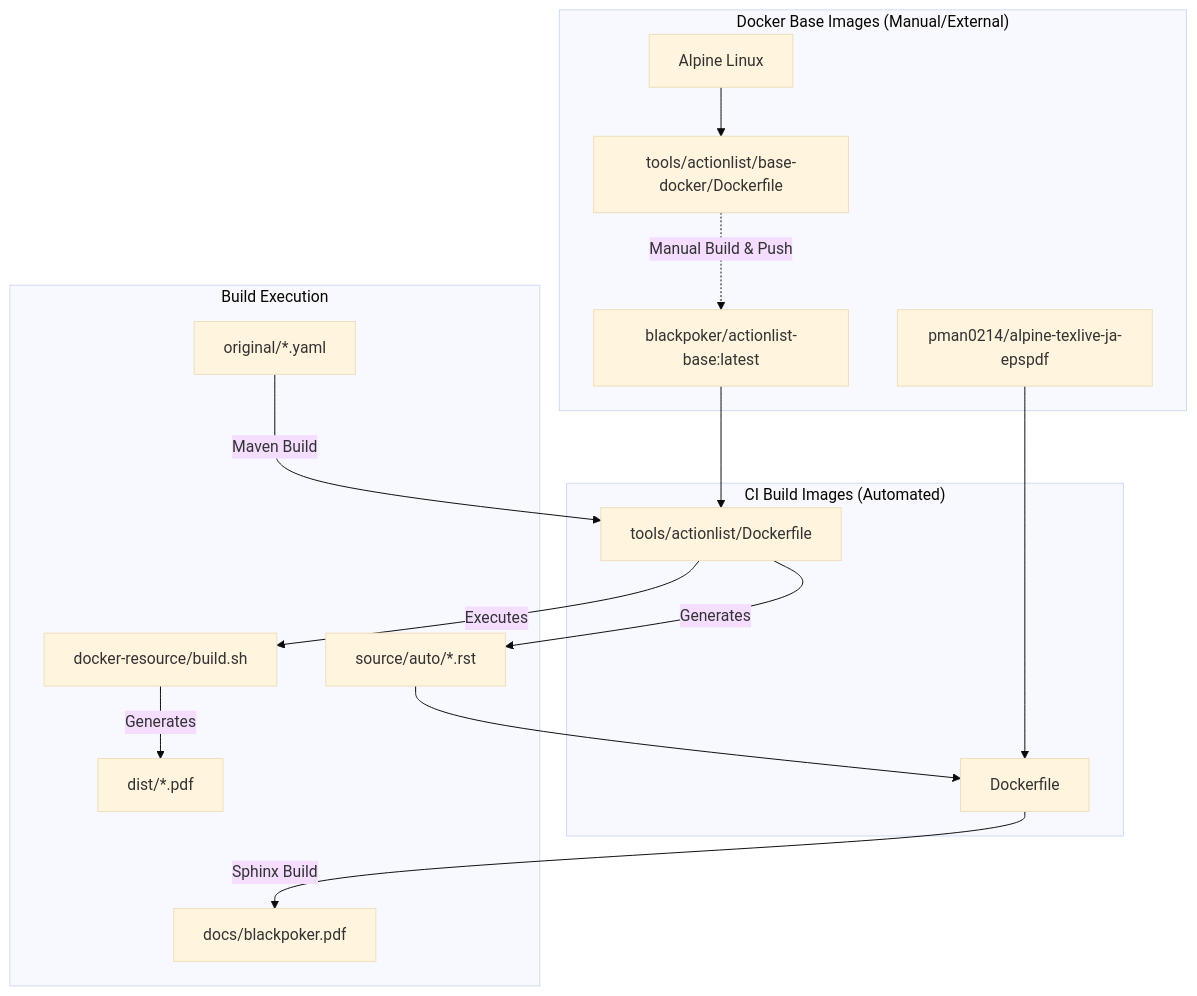
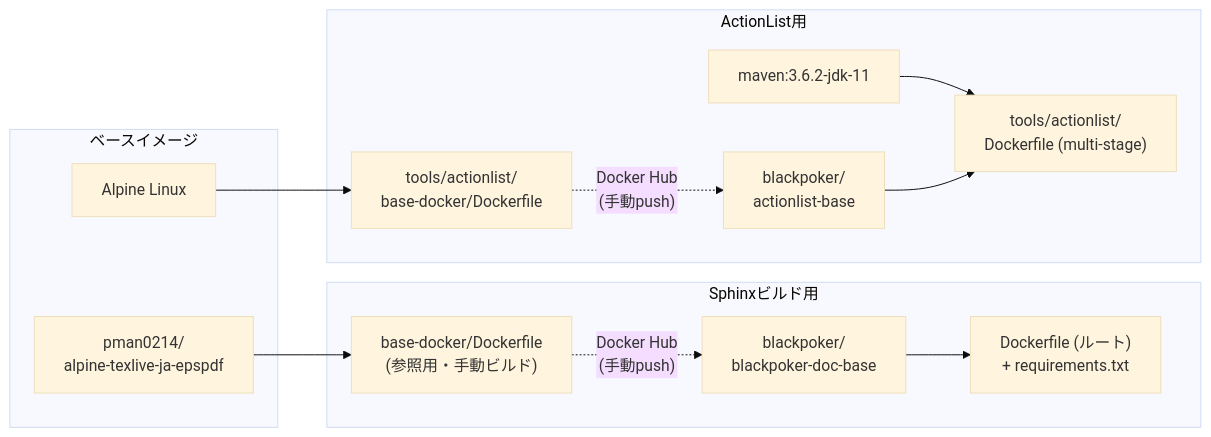
The second of 4 diagrams in dev-notes/docs_architecture.md (BlackPoker/BlackPoker), drawn with Mermaid (base theme) before and after one commit. The commit also changed other lines of this file, not shown here.

Commit message:
docs: コアモジュールのドキュメント、トリガーフロー図、およびドキュメントアーキテクチャに関する開発ノートを追加しました。

````diff
--- a/dev-notes/docs_architecture.md
+++ b/dev-notes/docs_architecture.md
@@ -12,34 +52,22 @@
 ```mermaid
-graph TD
-    %% Base Images
-    subgraph "Docker Base Images (Manual/External)"
-        Alpine[Alpine Linux]
-        TexImage[pman0214/alpine-texlive-ja-epspdf]
-        BaseDocker[tools/actionlist/base-docker/Dockerfile]
-        ActionListBase[blackpoker/actionlist-base:latest]
-        
-        Alpine --> BaseDocker
-        BaseDocker -.->|Manual Build & Push| ActionListBase
+graph LR
+    subgraph "ベースイメージ"
+        AlpineTeX["pman0214/<br>alpine-texlive-ja-epspdf"]
+        Alpine["Alpine Linux"]
     end
 
-    %% CI Build Images
-    subgraph "CI Build Images (Automated)"
-        ActionListDocker[tools/actionlist/Dockerfile]
-        RootDocker[Dockerfile]
-        
-        ActionListBase --> ActionListDocker
-        TexImage --> RootDocker
+    subgraph "Sphinxビルド用"
+        BaseDocker["base-docker/Dockerfile<br>(参照用・手動ビルド)"]
+        AlpineTeX --> BaseDocker
+        BaseDocker -.-> |"Docker Hub<br>(手動push)"| TexBase["blackpoker/<br>blackpoker-doc-base"]
+        TexBase --> RootDockerfile["Dockerfile (ルート)<br>+ requirements.txt"]
     end
 
-    %% Data Flow
-    subgraph "Build Execution"
-        YAML["original/*.yaml"] -->|Maven Build| ActionListDocker
-        ActionListDocker -->|Generates| AutoRST["source/auto/*.rst"]
-        ActionListDocker -->|Executes| DocResBuild["docker-resource/build.sh"]
-        
-        DocResBuild -->|Generates| ActionPDF["dist/*.pdf"]
-        
-        AutoRST --> RootDocker
-        RootDocker -->|Sphinx Build| MainPDF["docs/blackpoker.pdf"]
+    subgraph "ActionList用"
+        ALBaseDocker["tools/actionlist/<br>base-docker/Dockerfile"]
+        Alpine --> ALBaseDocker
+        ALBaseDocker -.-> |"Docker Hub<br>(手動push)"| ALBase["blackpoker/<br>actionlist-base"]
+        MavenImg["maven:3.6.2-jdk-11"] --> ALDockerfile["tools/actionlist/<br>Dockerfile (multi-stage)"]
+        ALBase --> ALDockerfile
     end
 ```
````
